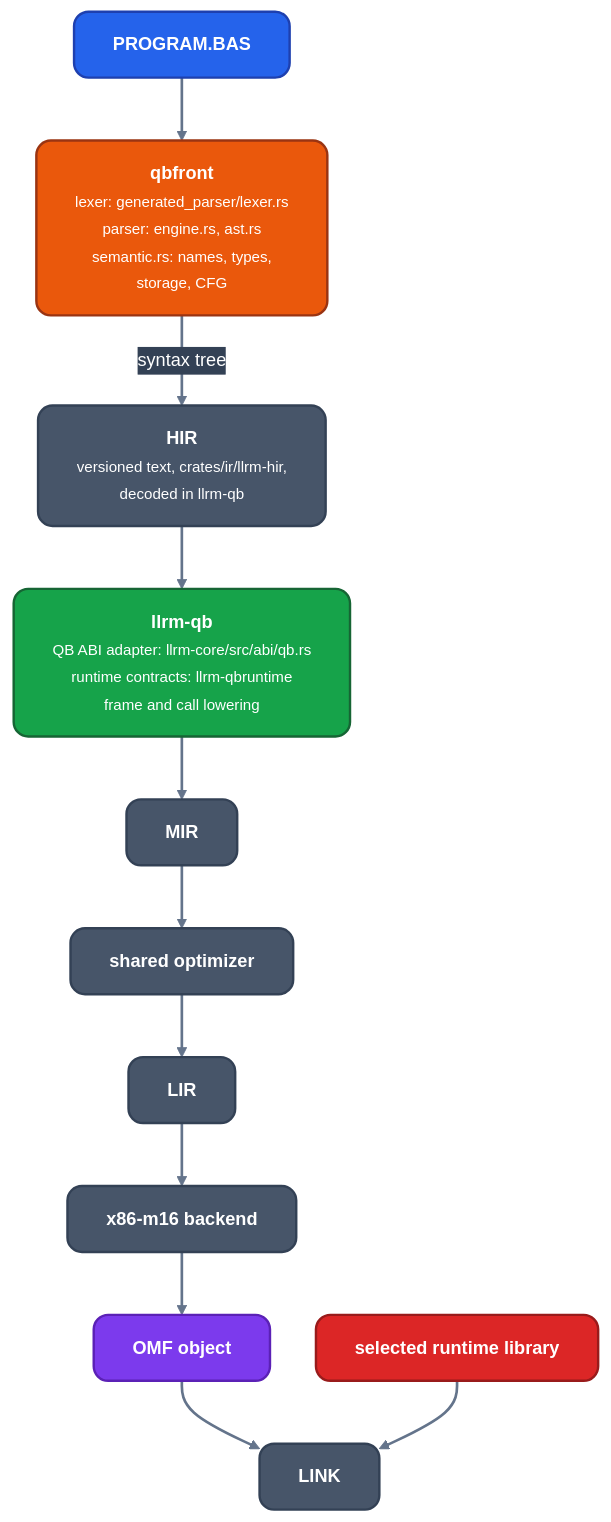
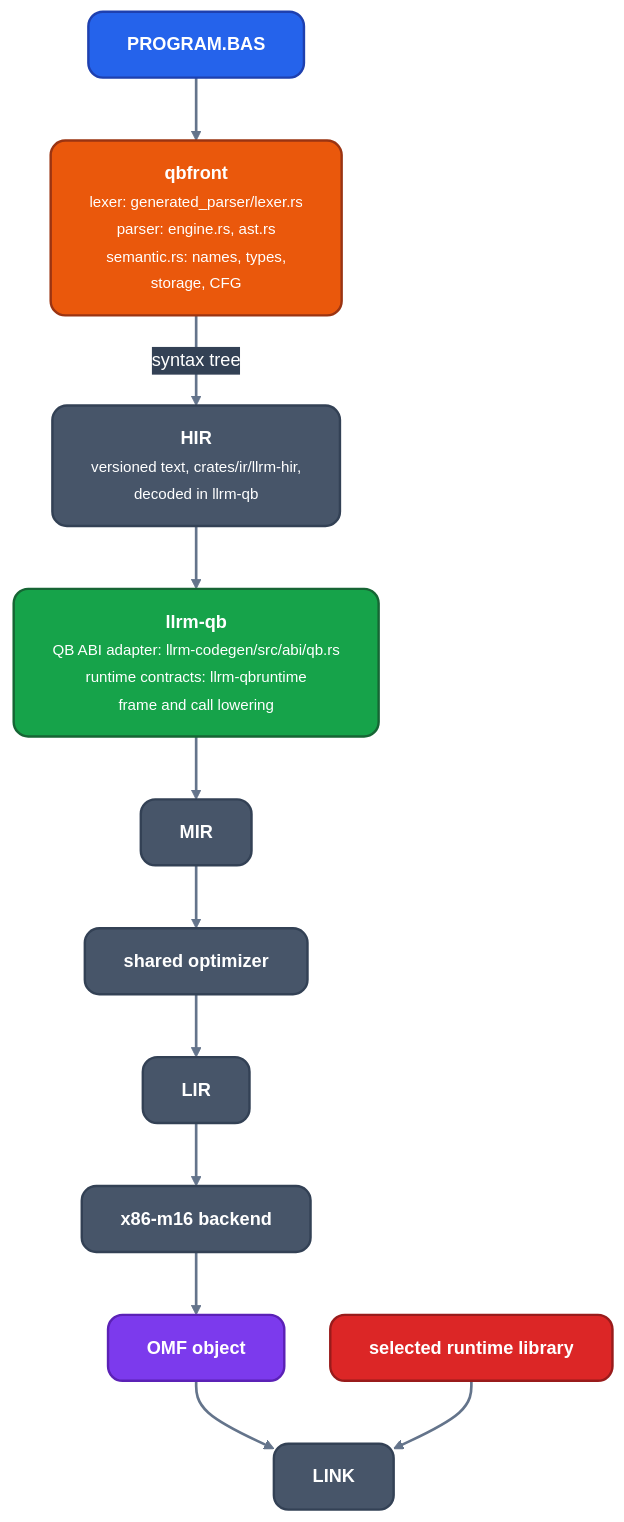
One commit to ali-mosavian/llrm changed the diagram in docs/frontends/qb/readme.md. Above: the diagram before and after it, drawn with Mermaid. The commit also changed 820 other files, not shown here.

Commit message:
refactor(layout): llrm-core becomes crates/codegen/llrm-codegen

````diff
--- a/docs/frontends/qb/readme.md
+++ b/docs/frontends/qb/readme.md
@@ -21,32 +21,32 @@
 ```mermaid
 %%{init: {'theme':'base','themeVariables':{'fontFamily':'Segoe UI, Helvetica Neue, Arial, DejaVu Sans, sans-serif','fontSize':'15px','primaryColor':'#475569','primaryTextColor':'#ffffff','primaryBorderColor':'#334155','lineColor':'#64748b','secondaryColor':'#475569','tertiaryColor':'transparent','clusterBkg':'transparent','clusterBorder':'#64748b','edgeLabelBackground':'#334155','textColor':'#64748b','titleColor':'#64748b'},'flowchart':{'curve':'basis','nodeSpacing':38,'rankSpacing':52,'padding':16,'wrappingWidth':360,'htmlLabels':true,'useMaxWidth':true}}}%%
 flowchart TB
   classDef src fill:#2563eb,stroke:#1e40af,stroke-width:2px,color:#ffffff,rx:12px,ry:12px
   classDef mid fill:#475569,stroke:#334155,stroke-width:2px,color:#ffffff,rx:12px,ry:12px
   classDef opt fill:#ea580c,stroke:#9a3412,stroke-width:2px,color:#ffffff,rx:12px,ry:12px
   classDef out fill:#16a34a,stroke:#166534,stroke-width:2px,color:#ffffff,rx:12px,ry:12px
   classDef data fill:#7c3aed,stroke:#5b21b6,stroke-width:2px,color:#ffffff,rx:12px,ry:12px
   classDef warn fill:#dc2626,stroke:#991b1b,stroke-width:2px,color:#ffffff,rx:12px,ry:12px
   linkStyle default stroke:#64748b,stroke-width:2.2px
   src["<b>PROGRAM.BAS</b>"]:::src
   qbf["<b>qbfront</b><br/><small>lexer: generated_parser/lexer.rs<br/>parser: engine.rs, ast.rs<br/>semantic.rs: names, types,<br/>storage, CFG</small>"]:::opt
   hir["<b>HIR</b><br/><small>versioned text, crates/ir/llrm-hir,<br/>decoded in llrm-qb</small>"]:::mid
-  qb["<b>llrm-qb</b><br/><small>QB ABI adapter: llrm-core/src/abi/qb.rs<br/>runtime contracts: llrm-qbruntime<br/>frame and call lowering</small>"]:::out
+  qb["<b>llrm-qb</b><br/><small>QB ABI adapter: llrm-codegen/src/abi/qb.rs<br/>runtime contracts: llrm-qbruntime<br/>frame and call lowering</small>"]:::out
   mir["<b>MIR</b>"]:::mid
   opt["<b>shared optimizer</b>"]:::mid
   lir["<b>LIR</b>"]:::mid
   be["<b>x86-m16 backend</b>"]:::mid
   obj["<b>OMF object</b>"]:::data
   lib["<b>selected runtime library</b>"]:::warn
   link["<b>LINK</b>"]:::mid
   src --> qbf
   qbf -->|"syntax tree"| hir
   hir --> qb
   qb --> mir
   mir --> opt
   opt --> lir
   lir --> be
   be --> obj
   obj --> link
   lib --> link
 ```
````
